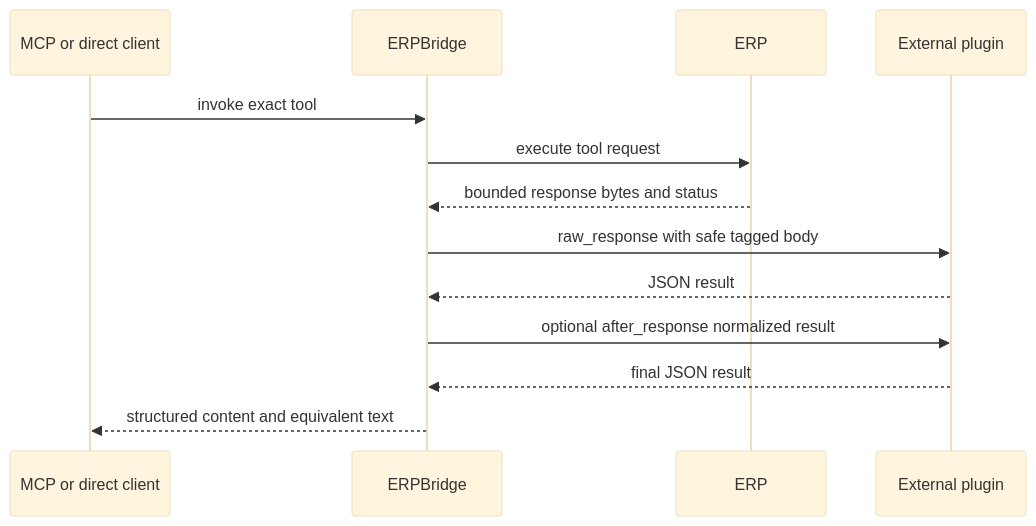
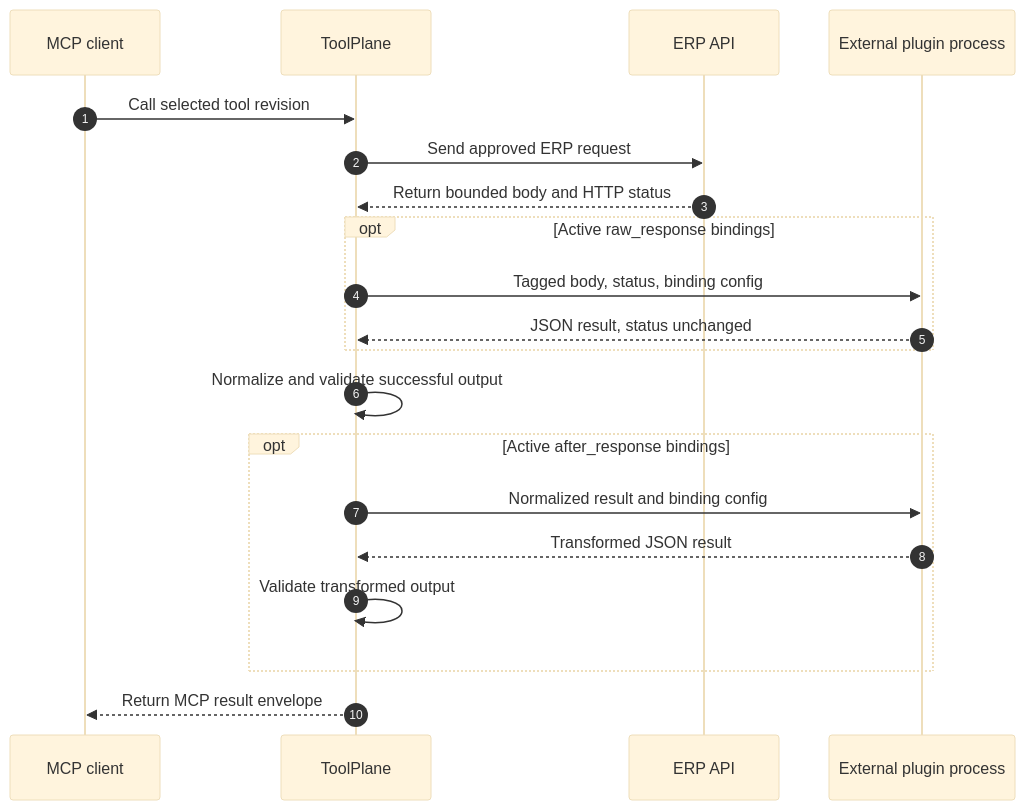
Before and after one commit to nmdra/ERPBridge: the fourth of 4 diagrams in docs/architecture.md, drawn with Mermaid (base theme). The commit also changed other lines of this file and 1 other file, not shown here.

First line of the commit message:
docs: clarify architecture and execution diagrams

````diff
--- a/docs/architecture.md
+++ b/docs/architecture.md
@@ -119,15 +200,25 @@
 ```mermaid
 sequenceDiagram
-    participant Client as MCP or direct client
-    participant Bridge as ERPBridge
-    participant ERP as ERP
-    participant Plugin as External plugin
-    Client->>Bridge: invoke exact tool
-    Bridge->>ERP: execute tool request
-    ERP-->>Bridge: bounded response bytes and status
-    Bridge->>Plugin: raw_response with safe tagged body
-    Plugin-->>Bridge: JSON result
-    Bridge->>Plugin: optional after_response normalized result
-    Plugin-->>Bridge: final JSON result
-    Bridge-->>Client: structured content and equivalent text
+    accTitle: Successful MCP call with optional external plugins
+    accDescr: ToolPlane calls the ERP, runs configured raw and after-response bindings, validates results, and returns an MCP result envelope.
+    autonumber
+    participant Client as MCP client
+    participant TP as ToolPlane
+    participant ERP as ERP API
+    participant Plugin as External plugin process
+
+    Client->>TP: Call selected tool revision
+    TP->>ERP: Send approved ERP request
+    ERP-->>TP: Return bounded body and HTTP status
+    opt Active raw_response bindings
+        TP->>Plugin: Tagged body, status, binding config
+        Plugin-->>TP: JSON result, status unchanged
+    end
+    TP->>TP: Normalize and validate successful output
+    opt Active after_response bindings
+        TP->>Plugin: Normalized result and binding config
+        Plugin-->>TP: Transformed JSON result
+        TP->>TP: Validate transformed output
+    end
+    TP-->>Client: Return MCP result envelope
 ```
````
